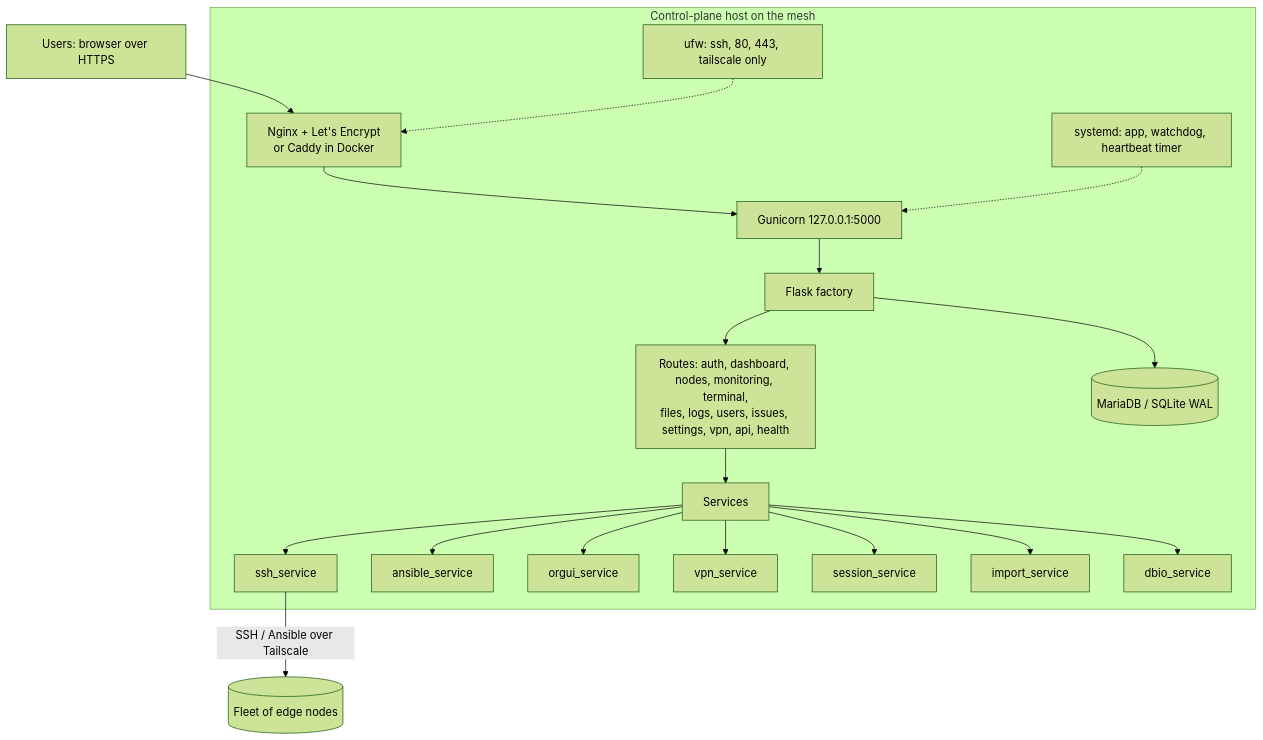
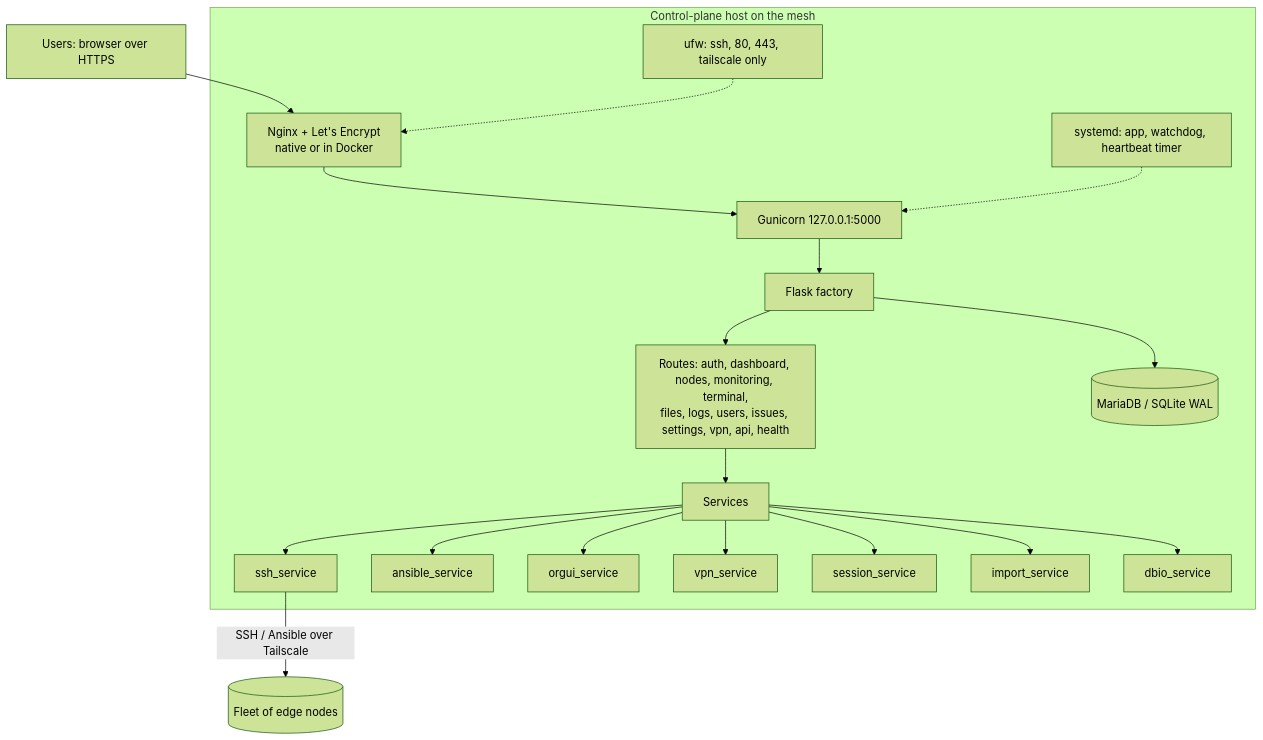
The first of 2 diagrams in docs/ARCHITECTURE.md (855princekumar/edgeshell), drawn with Mermaid (forest theme) before and after one commit. The commit also changed 21 other files, not shown here.

First line of the commit message:
docker: nginx as the only public entry point; owner has full control

````diff
--- a/docs/ARCHITECTURE.md
+++ b/docs/ARCHITECTURE.md
@@ -11,21 +11,21 @@
 ```mermaid
 flowchart TB
     U[Users: browser over HTTPS] --> PX
     subgraph Host[Control-plane host on the mesh]
-        PX[Nginx + Let's Encrypt<br/>or Caddy in Docker] --> G[Gunicorn 127.0.0.1:5000]
+        PX[Nginx + Let's Encrypt<br/>native or in Docker] --> G[Gunicorn 127.0.0.1:5000]
         G --> APP[Flask factory]
         APP --> RT[Routes: auth, dashboard, nodes, monitoring, terminal,<br/>files, logs, users, issues, settings, vpn, api, health]
         RT --> SV[Services]
         SV --> SSH[ssh_service]
         SV --> ANS[ansible_service]
         SV --> ORG[orgui_service]
         SV --> VPN[vpn_service]
         SV --> SES[session_service]
         SV --> IMP[import_service]
         SV --> DBIO[dbio_service]
         APP --> DB[(MariaDB / SQLite WAL)]
         SD[systemd: app, watchdog, heartbeat timer] -.-> G
         FW[ufw: ssh, 80, 443, tailscale only] -.-> PX
     end
     SSH -->|SSH / Ansible over Tailscale| NODES[(Fleet of edge nodes)]
 ```
````
